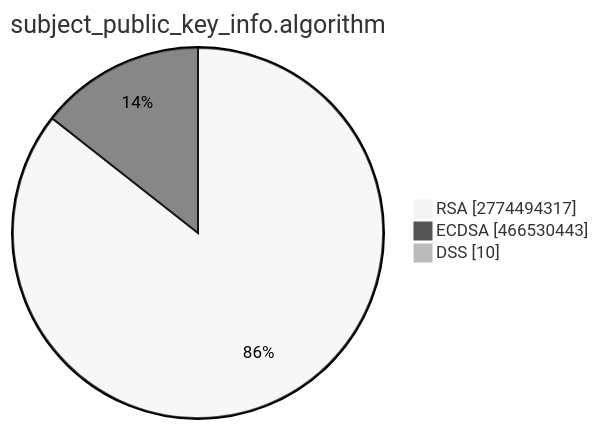
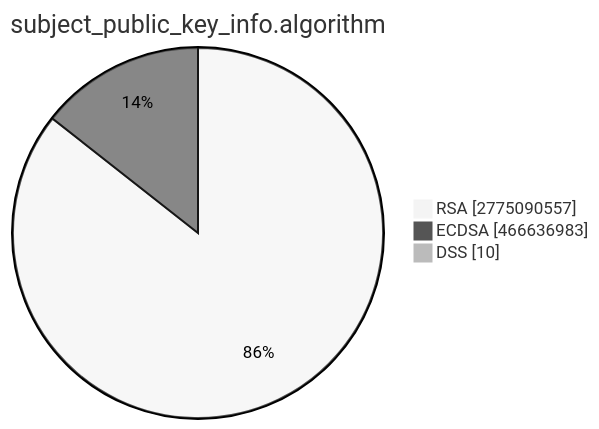
Before and after one commit to christiankrug/ctmonitor_visualization: the second of 15 diagrams in TOTAL/README.md, drawn with Mermaid (neutral theme). The commit also changed other lines of this file, not shown here.

````diff
--- a/TOTAL/README.md
+++ b/TOTAL/README.md
@@ -6,7 +6,7 @@
 ```mermaid
 pie showData
 title subject_public_key_info.algorithm
-"RSA" :2774494317
-"ECDSA" :466530443
+"RSA" :2775090557
+"ECDSA" :466636983
 "DSS" :10
 ```
````
